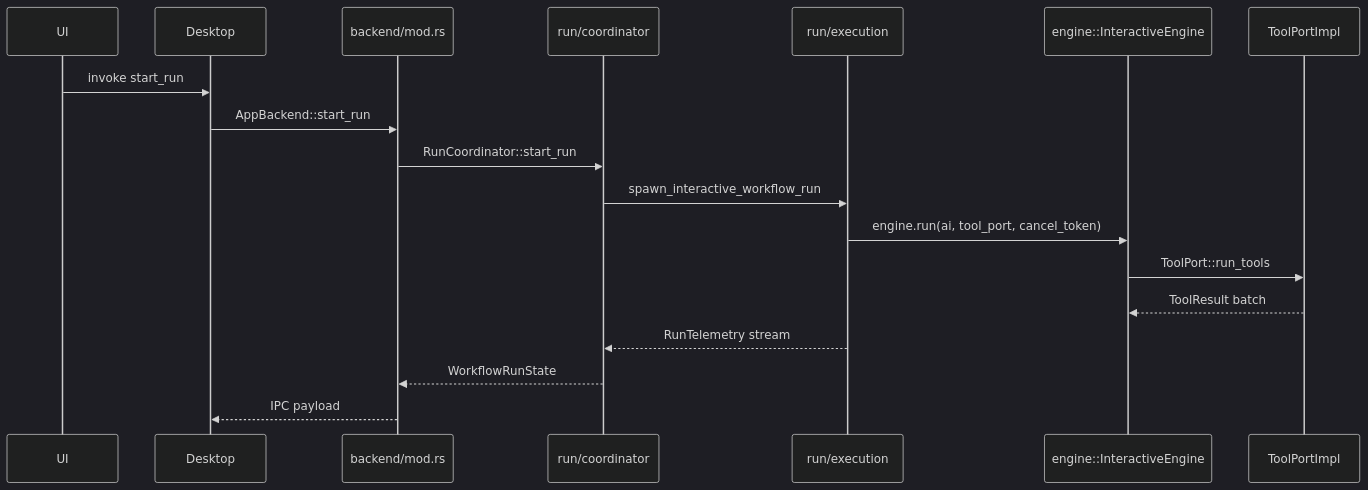
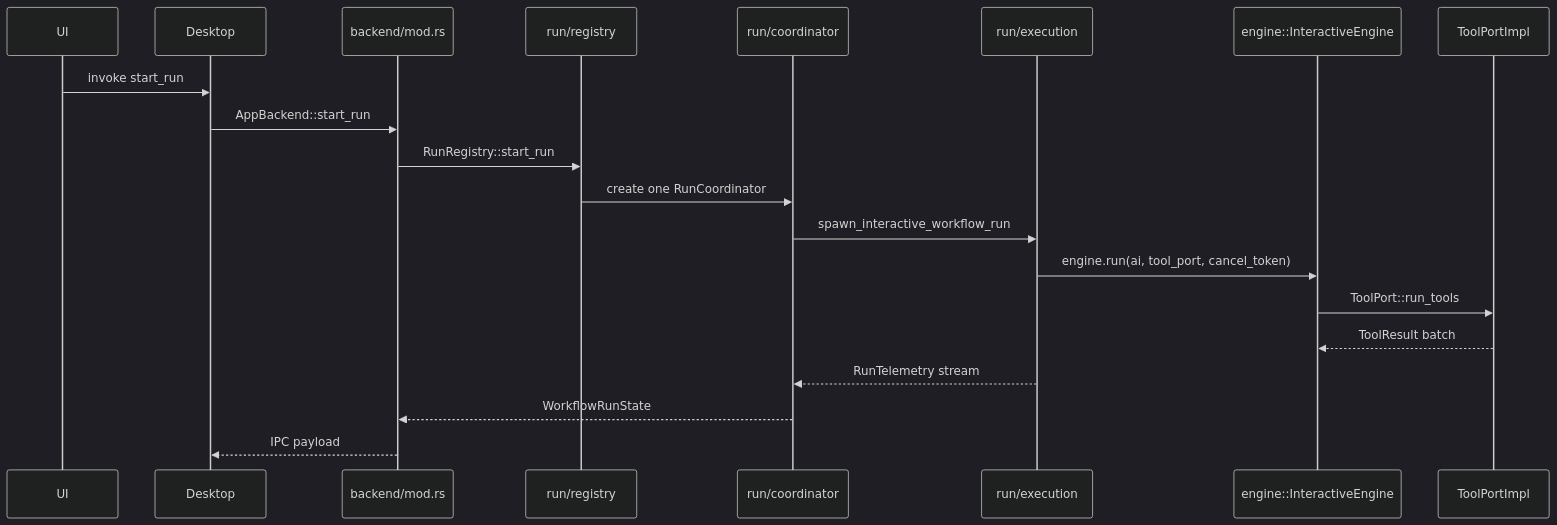
One commit to philbotar/OpenFlow changed the diagram in docs/architecture/orchestration-layout.md. Above: the diagram before and after it, drawn with Mermaid (dark theme). The commit also changed other lines of this file and 191 other files, not shown here.

````diff
--- a/docs/architecture/orchestration-layout.md
+++ b/docs/architecture/orchestration-layout.md
@@ -187,21 +188,23 @@
 ```mermaid
 sequenceDiagram
     participant UI
     participant Desktop
     participant Backend as backend/mod.rs
+    participant Registry as run/registry
     participant Coordinator as run/coordinator
     participant Execution as run/execution
     participant Engine as engine::InteractiveEngine
     participant ToolPort as ToolPortImpl
 
     UI->>Desktop: invoke start_run
     Desktop->>Backend: AppBackend::start_run
-    Backend->>Coordinator: RunCoordinator::start_run
+    Backend->>Registry: RunRegistry::start_run
+    Registry->>Coordinator: create one RunCoordinator
     Coordinator->>Execution: spawn_interactive_workflow_run
     Execution->>Engine: engine.run(ai, tool_port, cancel_token)
     Engine->>ToolPort: ToolPort::run_tools
     ToolPort-->>Engine: ToolResult batch
     Execution-->>Coordinator: RunTelemetry stream
     Coordinator-->>Backend: WorkflowRunState
     Backend-->>Desktop: IPC payload
 ```
````
